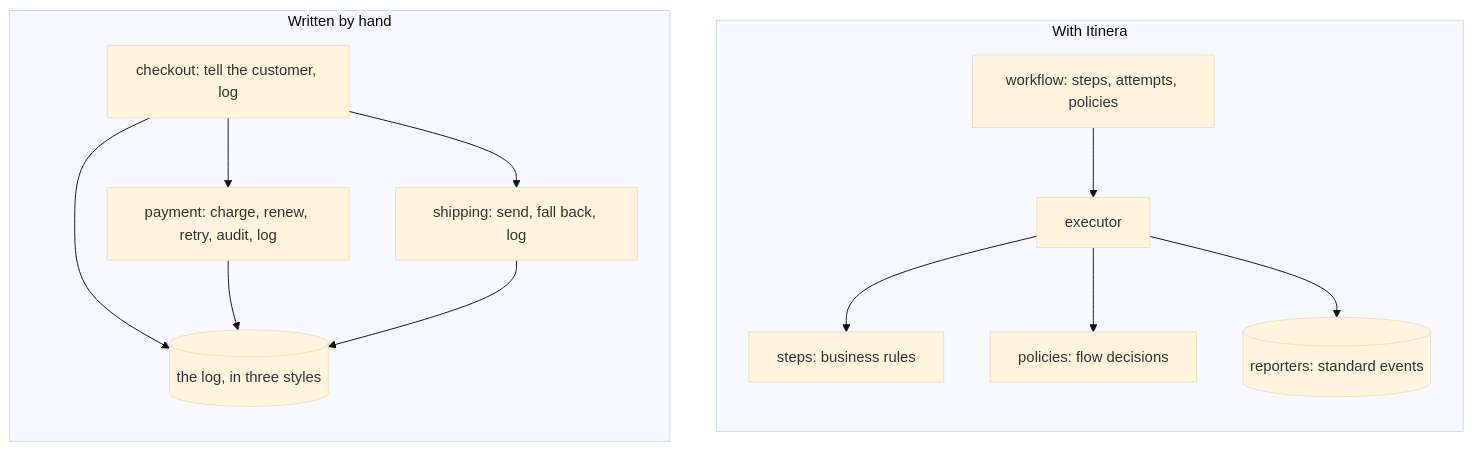
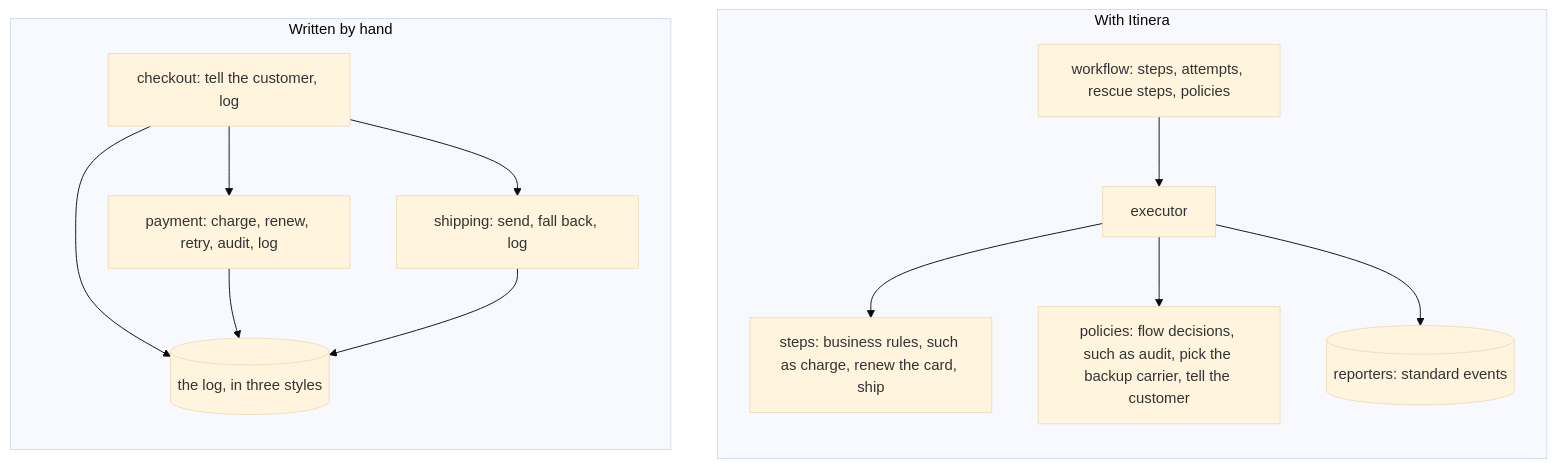
The diagram in chapters/welcome-to-itinera.md (itinera-dev/book), drawn with Mermaid (base theme) before and after one commit. The commit also changed other lines of this file and 2 other files, not shown here.

Commit message:
Correct what the welcome page says Itinera standardises
- A step may be given the order as data; what it does not know is
  which journey it is part of. What the design guarantees is that it
  cannot decide anything about the flow.
- Trying again and giving up come from a step's retry budget as well
  as from policies, so the decisions are said to be declared in the
  workflow: a retry budget, a rescue step or an attached policy.
- Telling the customer happens when the journey ends, so the
  executor calls policies after each outcome and at the end.
- The diagram, its description and the text after it now name the
  same things: the workflow's attempts and rescue steps, and the
  examples of steps and policies.
- A wide diagram's scroll box is named by the diagram's caption
  rather than by a copy of it, or "Diagram" when it has none, and
  the comments say it scrolls on any narrow screen, not only phones.

Claude-Session: https://claude.ai/code/session_015raSqxDutFPtMZoJMzUW89

````diff
--- a/chapters/welcome-to-itinera.md
+++ b/chapters/welcome-to-itinera.md
@@ -38,30 +38,30 @@
 ```mermaid
 flowchart LR
   accTitle: The shop written by hand, and the same shop with Itinera
-  accDescr: Two pictures side by side. Written by hand, the checkout calls the payment and shipping functions; each function holds its business rule, its own flow decisions and its own logging, and each writes to the log in its own way. With Itinera, the workflow lists the steps, rescue steps and policies; the executor runs the steps, which hold only business rules, calls the policies after each outcome, and sends every event, in one standard form, to the reporters.
+  accDescr: Two pictures side by side. Written by hand, the checkout calls the payment and shipping functions; each function holds its business rule, its own flow decisions and its own logging, and each writes to the log in its own way. With Itinera, the workflow lists the steps, how many attempts each has, the rescue steps and the policies; the executor runs the steps, which hold business rules, calls the policies, which hold flow decisions, after each outcome and when the journey ends, and sends every event, in one standard form, to the reporters.
   subgraph by_hand [Written by hand]
     direction TB
     checkout["checkout: tell the customer, log"]
     payment["payment: charge, renew, retry, audit, log"]
     shipping["shipping: send, fall back, log"]
     log[("the log, in three styles")]
     checkout --> payment
     checkout --> shipping
     checkout --> log
     payment --> log
     shipping --> log
   end
   subgraph with_itinera [With Itinera]
     direction TB
-    workflow["workflow: steps, attempts, policies"]
+    workflow["workflow: steps, attempts, rescue steps, policies"]
     executor["executor"]
-    steps["steps: business rules"]
-    policies["policies: flow decisions"]
+    steps["steps: business rules, such as charge, renew the card, ship"]
+    policies["policies: flow decisions, such as audit, pick the backup carrier, tell the customer"]
     reporters[("reporters: standard events")]
     workflow --> executor
     executor --> steps
     executor --> policies
     executor --> reporters
   end
   by_hand ~~~ with_itinera
 ```
````
